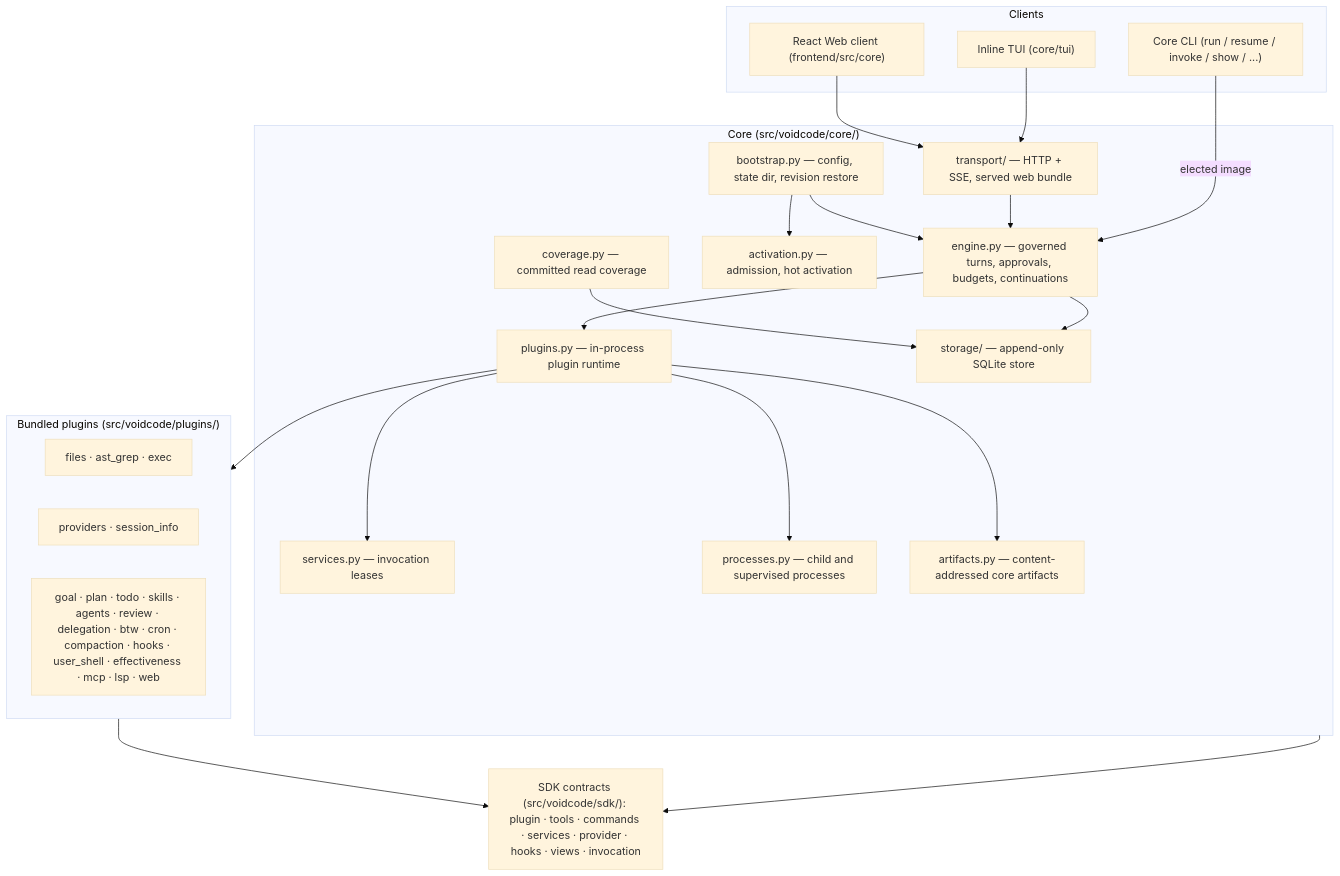
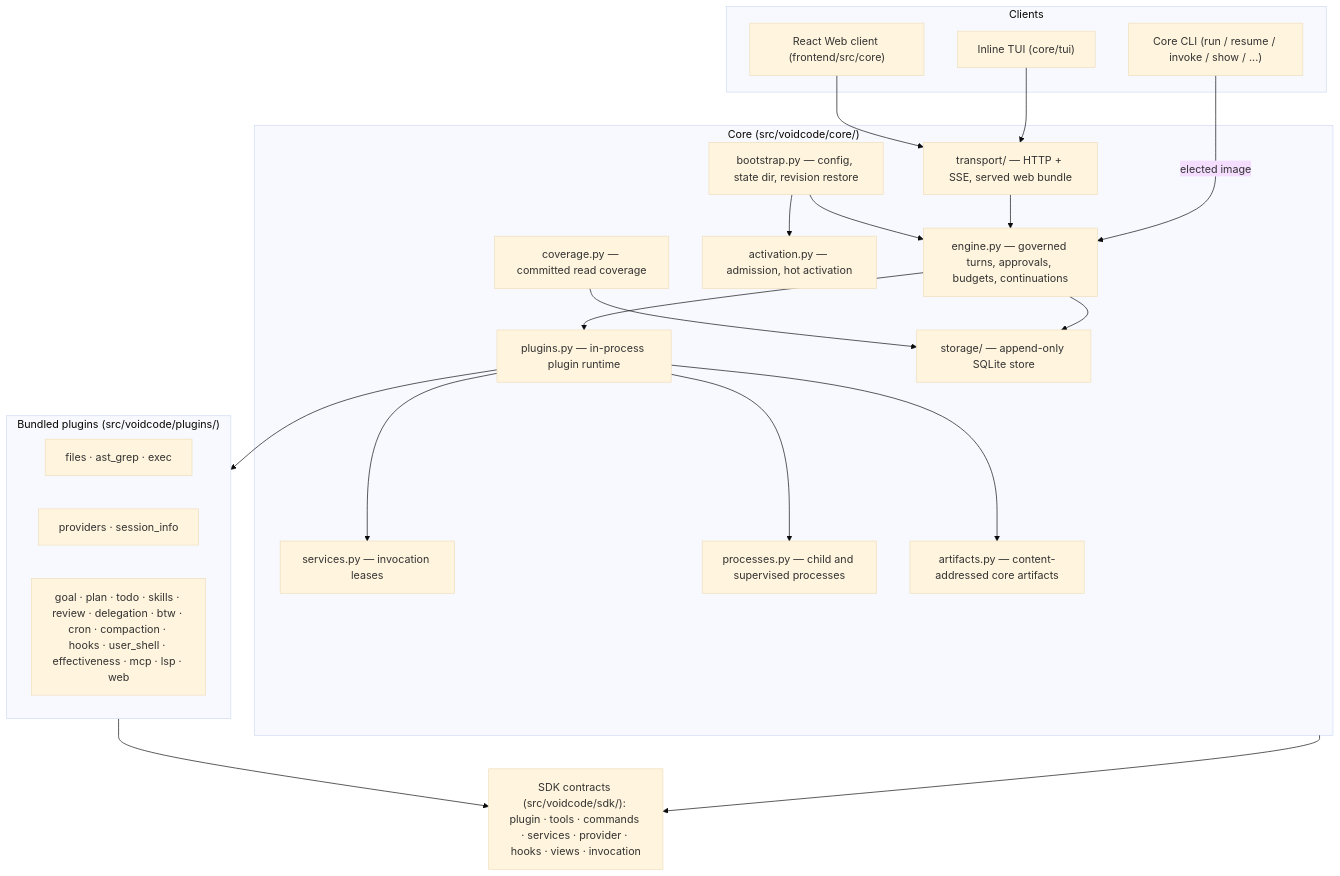
Before and after one commit to lei-jia-xing/voidcode: the diagram in docs/architecture.md, drawn with Mermaid (base theme). The commit also changed other lines of this file and 84 other files, not shown here.

First line of the commit message:
feat(core): plugin lifecycle, agents→delegation merge, hooks cleanup

````diff
--- a/docs/architecture.md
+++ b/docs/architecture.md
@@ -24,45 +24,45 @@
 ```mermaid
 graph TD
     subgraph Clients["Clients"]
         CLI["Core CLI (run / resume / invoke / show / ...)"]
         TUI["Inline TUI (core/tui)"]
         Web["React Web client (frontend/src/core)"]
     end
 
     subgraph Core["Core (src/voidcode/core/)"]
         Engine["engine.py — governed turns, approvals, budgets, continuations"]
         Bootstrap["bootstrap.py — config, state dir, revision restore"]
         Activation["activation.py — admission, hot activation"]
         Runtime["plugins.py — in-process plugin runtime"]
         Services["services.py — invocation leases"]
         Processes["processes.py — child and supervised processes"]
         Storage["storage/ — append-only SQLite store"]
         Transport["transport/ — HTTP + SSE, served web bundle"]
         Artifacts["artifacts.py — content-addressed core artifacts"]
         Coverage["coverage.py — committed read coverage"]
     end
 
     subgraph Plugins["Bundled plugins (src/voidcode/plugins/)"]
         Files["files · ast_grep · exec"]
         Model["providers · session_info"]
-        Product["goal · plan · todo · skills · agents · review · delegation · btw · cron · compaction · hooks · user_shell · effectiveness · mcp · lsp · web"]
+        Product["goal · plan · todo · skills · review · delegation · btw · cron · compaction · hooks · user_shell · effectiveness · mcp · lsp · web"]
     end
 
     SDK["SDK contracts (src/voidcode/sdk/): plugin · tools · commands · services · provider · hooks · views · invocation"]
 
     CLI -->|elected image| Engine
     TUI --> Transport
     Web --> Transport
     Transport --> Engine
     Engine --> Runtime
     Engine --> Storage
     Bootstrap --> Activation
     Bootstrap --> Engine
     Coverage --> Storage
     Runtime --> Services
     Runtime --> Processes
     Runtime --> Artifacts
     Runtime --> Plugins
     Core --> SDK
     Plugins --> SDK
 ```
````
